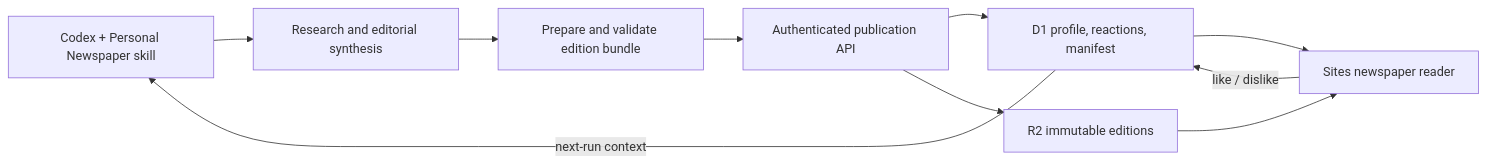
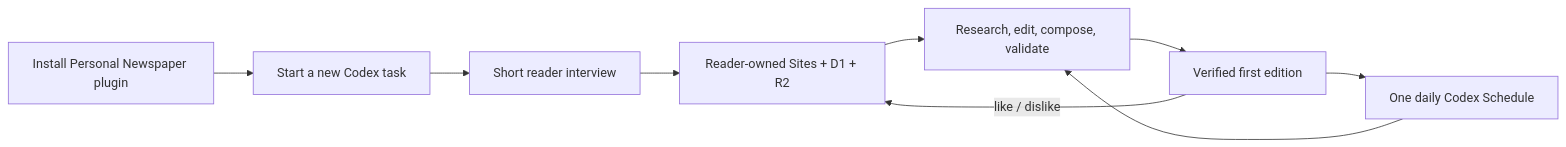
Before and after one commit to TakalaWang/personal-newspaper: the diagram in README.md, drawn with Mermaid. The commit also changed other lines of this file and 18 other files, not shown here.

Commit message:
feat: ship Personal Newspaper as a Codex plugin (#1)

````diff
--- a/README.md
+++ b/README.md
@@ -41,12 +49,11 @@
 ```mermaid
 flowchart LR
-  A["Codex + Personal Newspaper skill"] --> B["Research and editorial synthesis"]
-  B --> C["Prepare and validate edition bundle"]
-  C --> D["Authenticated publication API"]
-  D --> E["D1 profile, reactions, manifest"]
-  D --> F["R2 immutable editions"]
-  E --> G["Sites newspaper reader"]
-  F --> G
-  G -->|"like / dislike"| E
-  E -->|"next-run context"| A
+  A["Install Personal Newspaper plugin"] --> B["Start a new Codex task"]
+  B --> C["Short reader interview"]
+  C --> D["Reader-owned Sites + D1 + R2"]
+  D --> E["Research, edit, compose, validate"]
+  E --> F["Verified first edition"]
+  F --> G["One daily Codex Schedule"]
+  G --> E
+  F -->|"like / dislike"| D
 ```
````
